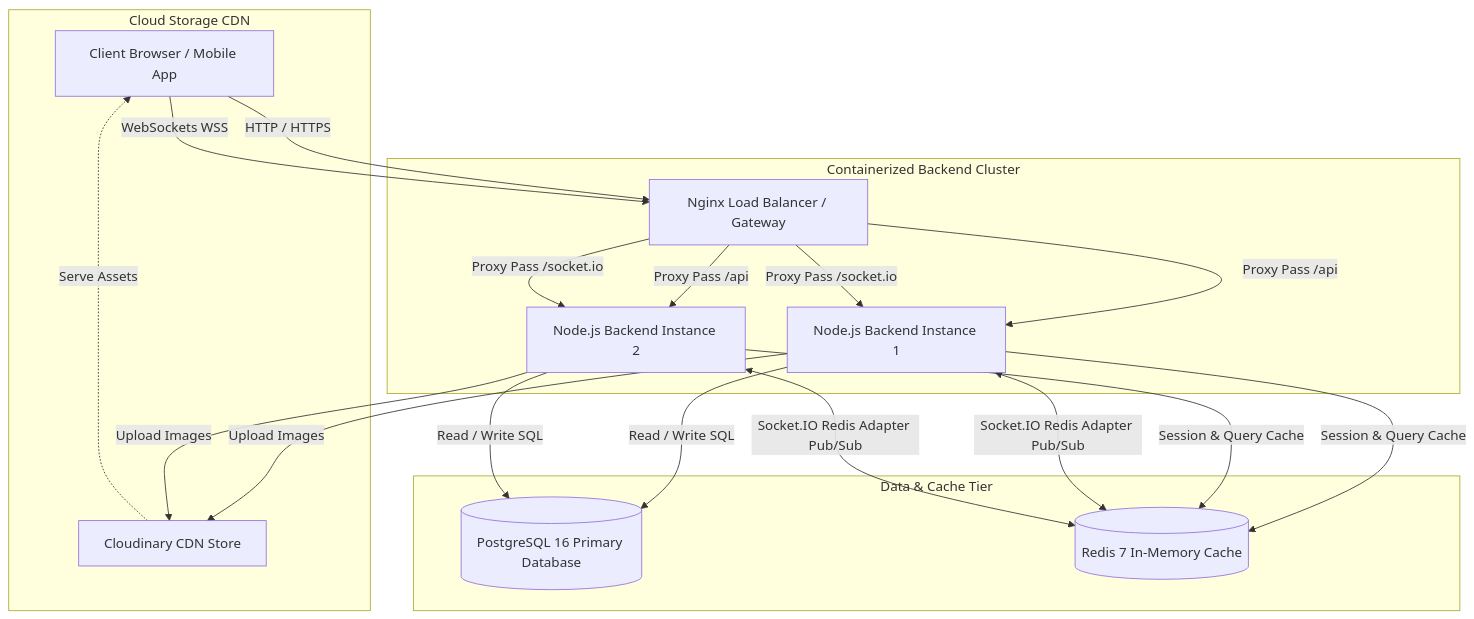
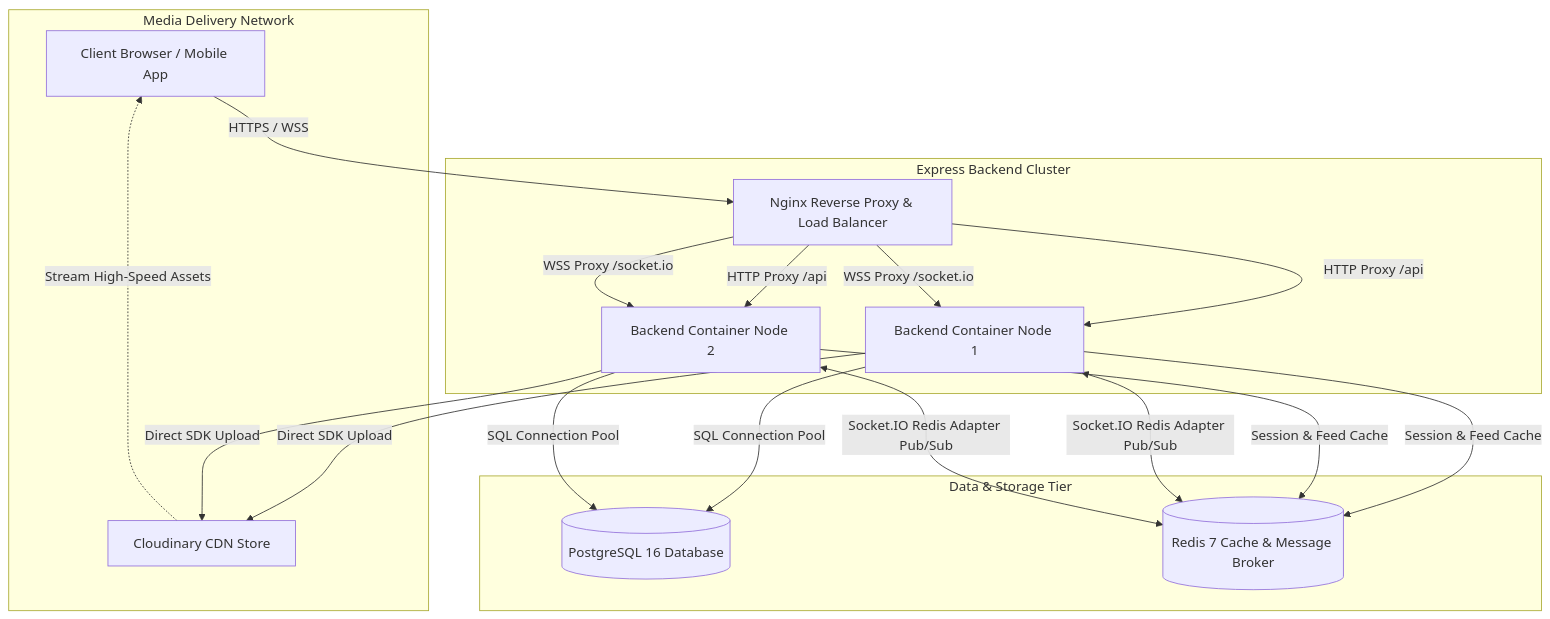
Before and after one commit to vinayak-kumar-12/InstaClone: the first of 8 diagrams in ReadMe.md, drawn with Mermaid. The commit also changed other lines of this file, not shown here.

Commit message:
docs: update README with architectural details, improved technical descriptions, and increased k6 load testing metric to 50k VUs

````diff
--- a/ReadMe.md
+++ b/ReadMe.md
@@ -255,29 +254,28 @@
 ```mermaid
 graph TD
-    Client[Client Browser / Mobile App] -->|HTTP / HTTPS| Nginx[Nginx Load Balancer / Gateway]
-    Client -->|WebSockets WSS| Nginx
+    Client[Client Browser / Mobile App] -->|HTTPS / WSS| Gateway[Nginx Reverse Proxy & Load Balancer]
     
-    subgraph Containerized Backend Cluster
-        Nginx -->|Proxy Pass /api| Node1[Node.js Backend Instance 1]
-        Nginx -->|Proxy Pass /api| Node2[Node.js Backend Instance 2]
-        Nginx -->|Proxy Pass /socket.io| Node1
-        Nginx -->|Proxy Pass /socket.io| Node2
+    subgraph Express Backend Cluster
+        Gateway -->|HTTP Proxy /api| Node1[Backend Container Node 1]
+        Gateway -->|HTTP Proxy /api| Node2[Backend Container Node 2]
+        Gateway -->|WSS Proxy /socket.io| Node1
+        Gateway -->|WSS Proxy /socket.io| Node2
     end
     
-    subgraph Data & Cache Tier
-        Node1 -->|Read / Write SQL| Postgres[(PostgreSQL 16 Primary Database)]
-        Node2 -->|Read / Write SQL| Postgres
+    subgraph Data & Storage Tier
+        Node1 -->|SQL Connection Pool| Postgres[(PostgreSQL 16 Database)]
+        Node2 -->|SQL Connection Pool| Postgres
         
-        Node1 -->|Session & Query Cache| Redis[(Redis 7 In-Memory Cache)]
-        Node2 -->|Session & Query Cache| Redis
+        Node1 -->|Session & Feed Cache| Redis[(Redis 7 Cache & Message Broker)]
+        Node2 -->|Session & Feed Cache| Redis
         
         Node1 <-->|Socket.IO Redis Adapter Pub/Sub| Redis
         Node2 <-->|Socket.IO Redis Adapter Pub/Sub| Redis
     end
     
-    subgraph Cloud Storage CDN
-        Node1 -->|Upload Images| Cloudinary[Cloudinary CDN Store]
-        Node2 -->|Upload Images| Cloudinary
-        Cloudinary -.->|Serve Assets| Client
+    subgraph Media Delivery Network
+        Node1 -->|Direct SDK Upload| Cloudinary[Cloudinary CDN Store]
+        Node2 -->|Direct SDK Upload| Cloudinary
+        Cloudinary -.->|Stream High-Speed Assets| Client
     end
 ```
````
